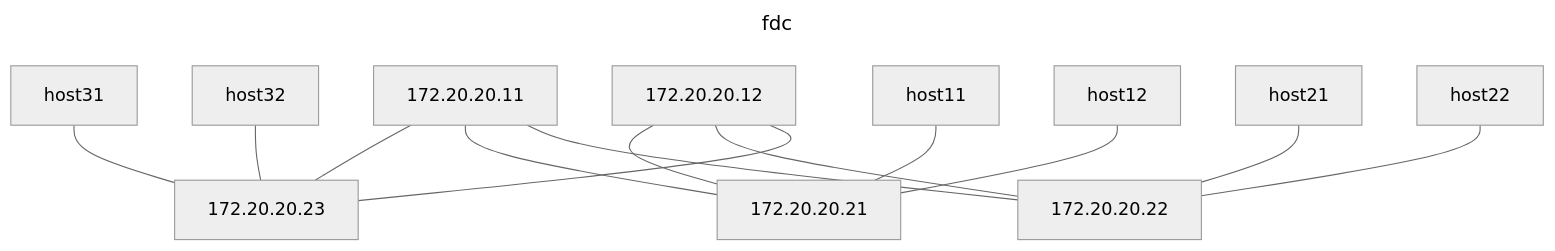
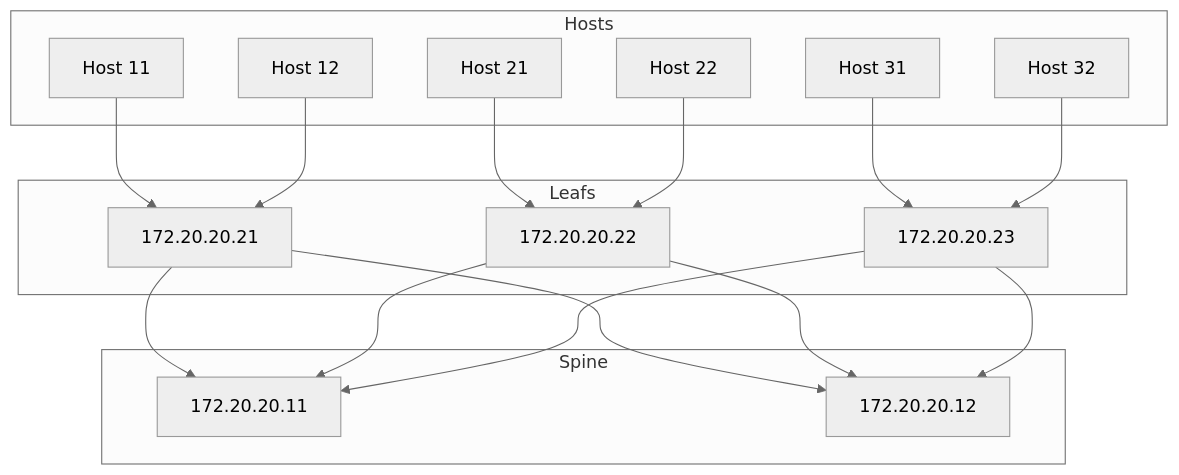
Before and after one commit to crollins18/dev: the diagram in shepherdnet/src/bgp-frr.clab.mermaid, drawn with Mermaid (neutral theme). The commit also changed 5 other files, not shown here.

```diff
--- a/shepherdnet/src/bgp-frr.clab.mermaid
+++ b/shepherdnet/src/bgp-frr.clab.mermaid
@@ -1,16 +1,39 @@
----
-title: fdc
----
 graph TD
-  172.20.20.11---172.20.20.23
-  172.20.20.12---172.20.20.21
-  host11---172.20.20.21
-  host31---172.20.20.23
-  172.20.20.11---172.20.20.21
-  172.20.20.11---172.20.20.22
-  172.20.20.12---172.20.20.22
-  172.20.20.12---172.20.20.23
-  host12---172.20.20.21
-  host21---172.20.20.22
-  host22---172.20.20.22
-  host32---172.20.20.23
+  %% Layer 1 - Hosts at the top
+  subgraph Hosts
+    host11[Host 11]
+    host12[Host 12]
+    host21[Host 21]
+    host22[Host 22]
+    host31[Host 31]
+    host32[Host 32]
+  end
+
+  %% Layer 2 - Intermediate Leafs in the middle
+  subgraph Leafs
+    172.20.20.21[172.20.20.21]
+    172.20.20.22[172.20.20.22]
+    172.20.20.23[172.20.20.23]
+  end
+
+  %% Layer 3 - Top Spines at the bottom
+  subgraph Spine
+    172.20.20.11[172.20.20.11]
+    172.20.20.12[172.20.20.12]
+  end
+
+  %% Connections from Layer 1 to Layer 2
+  host11 --> 172.20.20.21
+  host12 --> 172.20.20.21
+  host21 --> 172.20.20.22
+  host22 --> 172.20.20.22
+  host31 --> 172.20.20.23
+  host32 --> 172.20.20.23
+
+  %% Connections from Layer 2 to Layer 3
+  172.20.20.21 --> 172.20.20.11
+  172.20.20.21 --> 172.20.20.12
+  172.20.20.22 --> 172.20.20.11
+  172.20.20.22 --> 172.20.20.12
+  172.20.20.23 --> 172.20.20.11
+  172.20.20.23 --> 172.20.20.12
```
